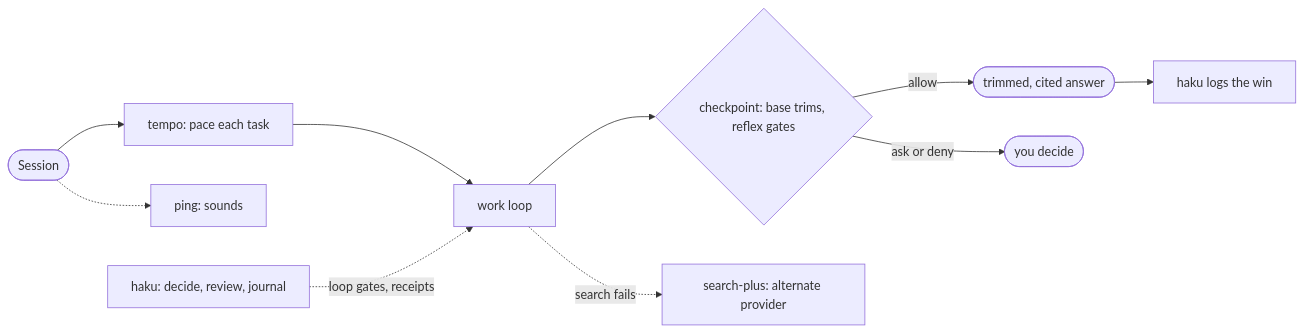
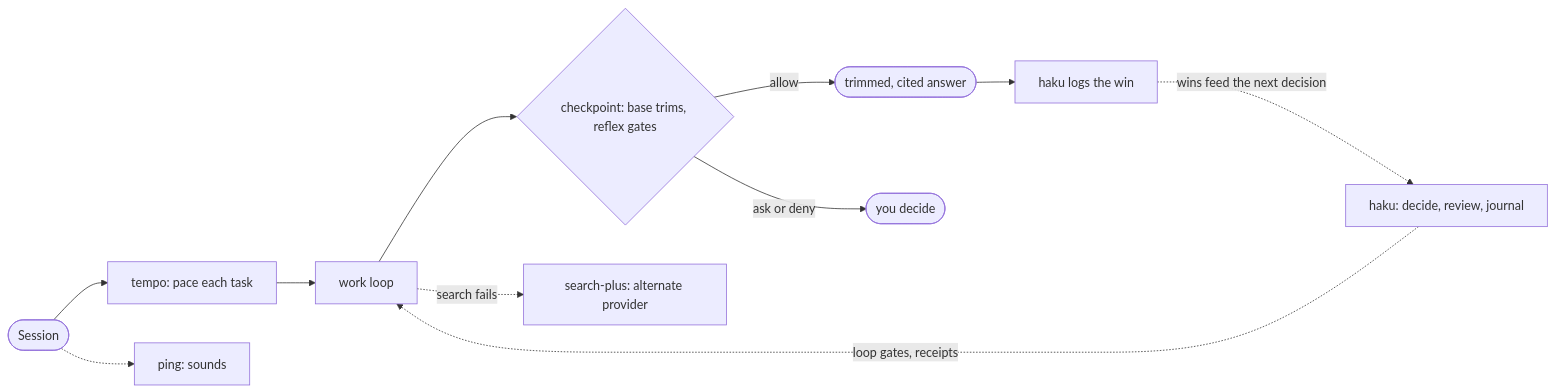
Before and after one commit to shrwnsan/vibekit-claude-plugins: the diagram in README.md, drawn with Mermaid.

Commit message:
docs: close the haku compounding loop in the flow diagram
Wins logged after output feed back into the decide, review, journal
node: the journal is the compounding input, not a terminal. Dotted edge,
matching the loop's actual behavior.

````diff
--- a/README.md
+++ b/README.md
@@ -35,12 +35,13 @@
 ```mermaid
 flowchart LR
     s(["Session"]) --> t["tempo: pace each task"]
     s -.-> p["ping: sounds"]
     t --> w["work loop"]
     w --> c{"checkpoint: base trims, reflex gates"}
     c -->|"allow"| o(["trimmed, cited answer"])
     c -->|"ask or deny"| you(["you decide"])
     h["haku: decide, review, journal"] -.->|"loop gates, receipts"| w
     o --> hj["haku logs the win"]
+    hj -.->|"wins feed the next decision"| h
     w -.->|"search fails"| sp["search-plus: alternate provider"]
 ```
````
